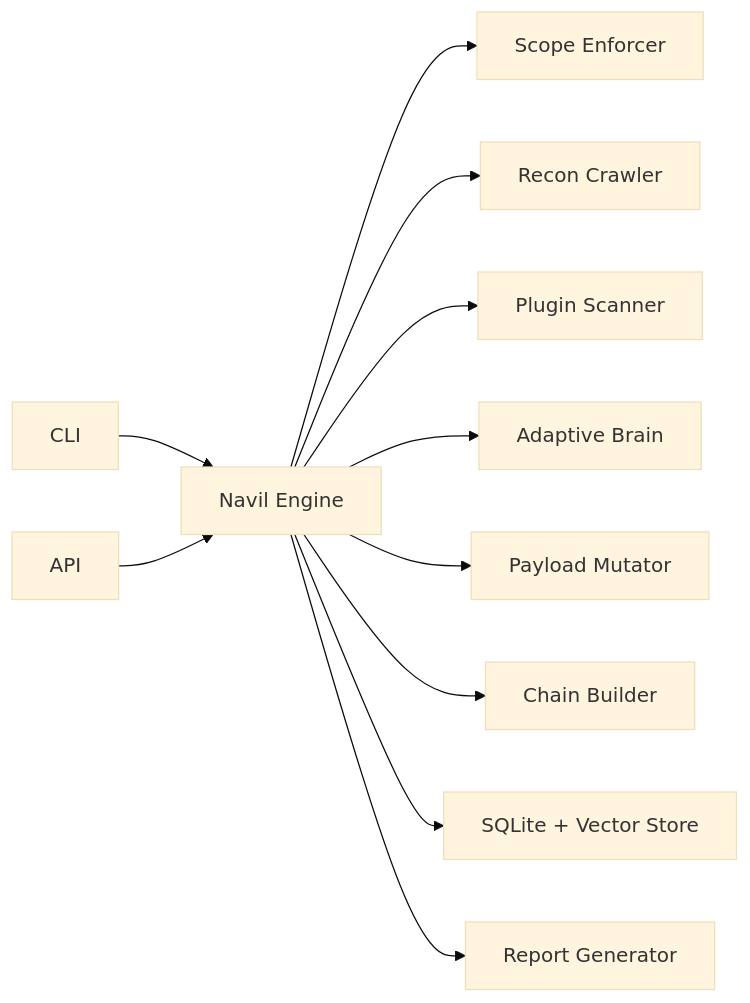
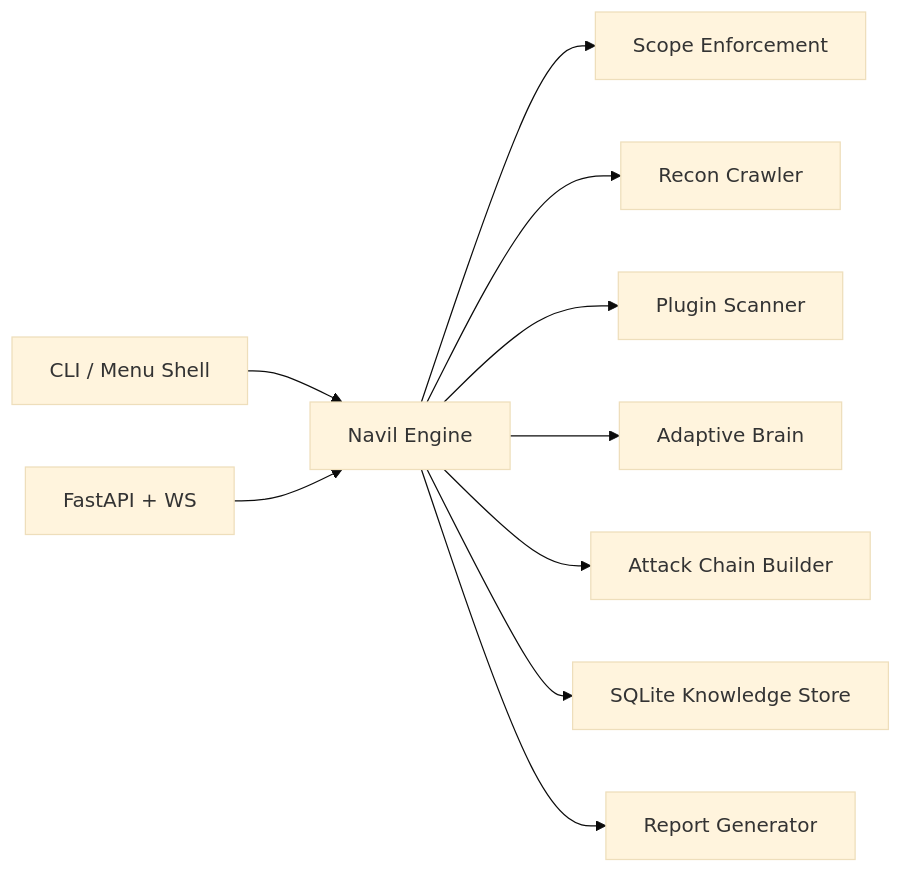
One commit to funbinet/navil changed the diagram in README.md. Above: the diagram before and after it, drawn with Mermaid (base theme). The commit also changed other lines of this file and 21 other files, not shown here.

````diff
--- a/README.md
+++ b/README.md
@@ -25,13 +50,12 @@
 ```mermaid
 flowchart LR
-    CLI[CLI] --> Engine[Navil Engine]
-    API[API] --> Engine
-    Engine --> Scope[Scope Enforcer]
+    CLI[CLI / Menu Shell] --> Engine[Navil Engine]
+    API[FastAPI + WS] --> Engine
+    Engine --> Scope[Scope Enforcement]
     Engine --> Recon[Recon Crawler]
     Engine --> Scan[Plugin Scanner]
     Engine --> Brain[Adaptive Brain]
-    Engine --> Mutator[Payload Mutator]
-    Engine --> Chains[Chain Builder]
-    Engine --> KB[SQLite + Vector Store]
+    Engine --> Chains[Attack Chain Builder]
+    Engine --> KB[SQLite Knowledge Store]
     Engine --> Report[Report Generator]
 ```
````
